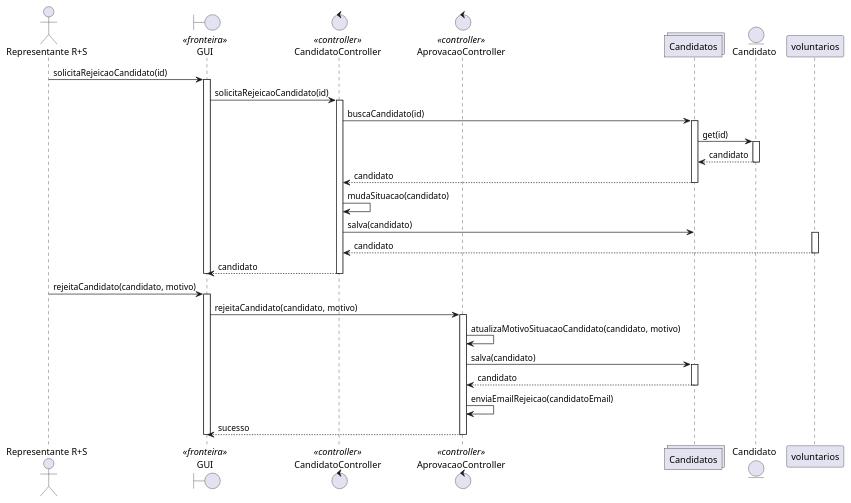
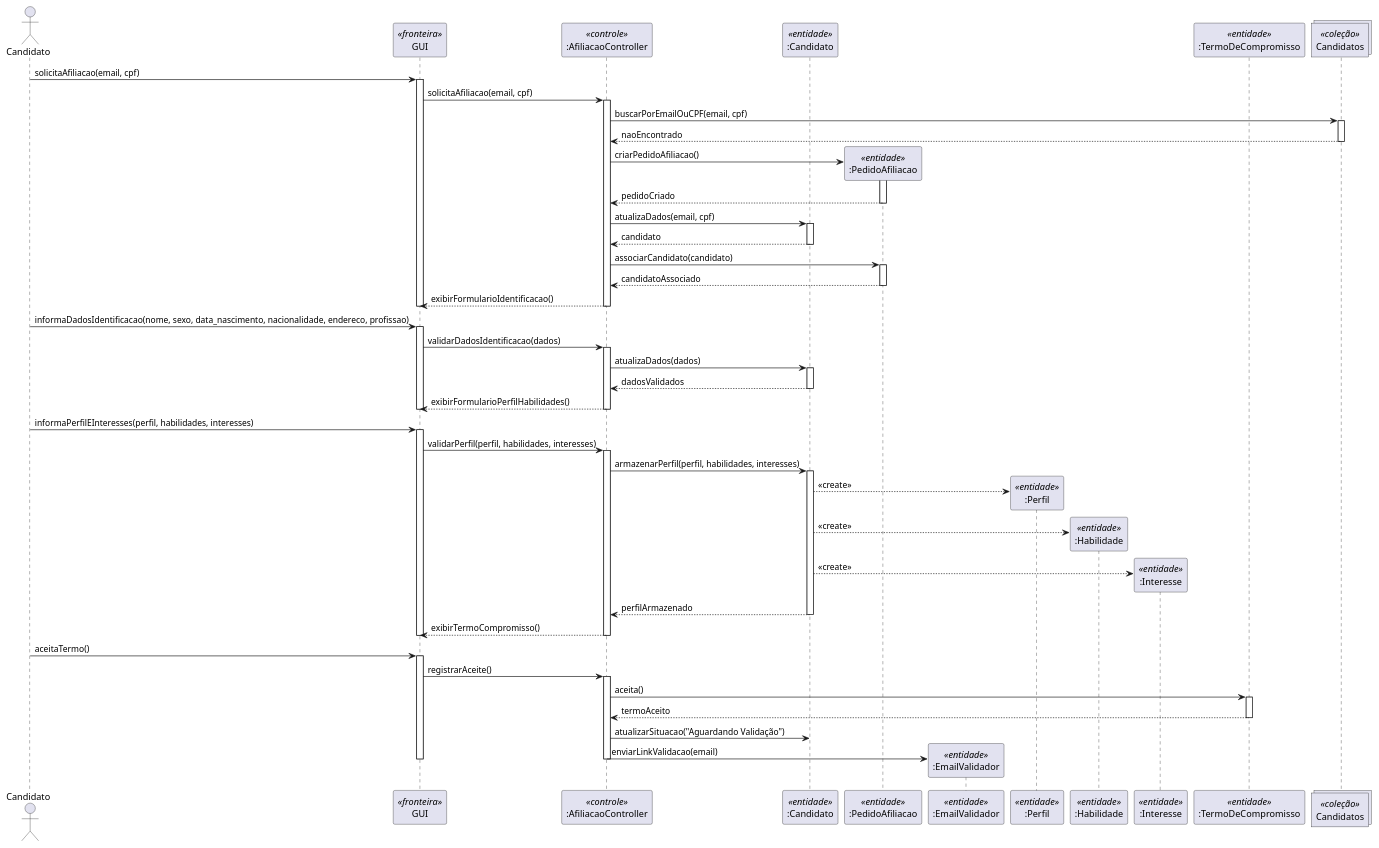
Before and after one commit to guisgiacomini/redeMaisSocialProjetoSoftware: the diagram in diagrama-sequencia/uc003/candidatoRejeitado.puml, drawn with PlantUML. The commit also changed 1 other file, not shown here.

```diff
--- a/diagrama-sequencia/uc003/candidatoRejeitado.puml
+++ b/diagrama-sequencia/uc003/candidatoRejeitado.puml
@@ -1,51 +1,94 @@
 @startuml
+actor "Candidato" as ator
+participant "GUI" as gui <<fronteira>>
+participant ":AfiliacaoController" as controller <<controle>>
+participant ":Candidato" as candidato <<entidade>>
+participant ":PedidoAfiliacao" as pedido <<entidade>>
+participant ":EmailValidador" as emailValidador <<entidade>>
+participant ":Perfil" as perfil <<entidade>>
+participant ":Habilidade" as habilidade <<entidade>>
+participant ":Interesse" as interesse <<entidade>>
+participant ":TermoDeCompromisso" as termo <<entidade>>
 
-actor "Representante R+S" as representante
-boundary "GUI" as gui <<fronteira>>
-control "CandidatoController" as candidatoController <<controller>>
-control "AprovacaoController" as aprovacaoController<<controller>>
-collections "Candidatos" as candidatos
-entity "Candidato" as candidato
+collections "Candidatos" as collectionCandidato <<coleção>>
 
-representante -> gui: solicitaRejeicaoCandidato(id)
+' --- Solicitação de afiliação ---
+ator -> gui: solicitaAfiliacao(email, cpf)
 activate gui
-    gui -> candidatoController: solicitaRejeicaoCandidato(id)
-    activate candidatoController
-        candidatoController -> candidatos: buscaCandidato(id)
-        activate candidatos
-            
-            candidatos -> candidato: get(id)
-            activate candidato
-                candidato --> candidatos: candidato
-            deactivate candidato
+gui -> controller: solicitaAfiliacao(email, cpf)
+activate controller
 
-        candidatos --> candidatoController: candidato
-        deactivate candidatos
+controller -> collectionCandidato: buscarPorEmailOuCPF(email, cpf)
+activate collectionCandidato
+collectionCandidato --> controller: naoEncontrado
+deactivate collectionCandidato
 
-        candidatoController -> candidatoController: mudaSituacao(candidato)
-        candidatoController -> candidatos: salva(candidato)
+controller -> pedido **: criarPedidoAfiliacao()
+activate pedido
+pedido --> controller: pedidoCriado
+deactivate pedido
 
-        activate voluntarios
-            voluntarios --> candidatoController: candidato
-        deactivate voluntarios
+controller -> candidato: atualizaDados(email, cpf)
+activate candidato
+candidato --> controller: candidato
+deactivate candidato
 
-    candidatoController --> gui: candidato
-    deactivate candidatoController
+controller -> pedido: associarCandidato(candidato)
+activate pedido
+pedido --> controller: candidatoAssociado
+deactivate pedido
+
+controller --> gui: exibirFormularioIdentificacao()
+deactivate controller
 deactivate gui
 
-representante -> gui: rejeitaCandidato(candidato, motivo)
+' --- Preenchimento e validação dos dados ---
+ator -> gui: informaDadosIdentificacao(nome, sexo, data_nascimento, nacionalidade, endereco, profissao)
 activate gui
-    gui -> aprovacaoController: rejeitaCandidato(candidato, motivo)
-    activate aprovacaoController
-        aprovacaoController -> aprovacaoController: atualizaMotivoSituacaoCandidato(candidato, motivo)
-        aprovacaoController -> candidatos: salva(candidato)
-        activate candidatos
-            candidatos --> aprovacaoController: candidato
-        deactivate candidatos
-        aprovacaoController -> aprovacaoController: enviaEmailRejeicao(candidatoEmail)
-        aprovacaoController --> gui: sucesso
-        deactivate aprovacaoController
+gui -> controller: validarDadosIdentificacao(dados)
+activate controller
+
+controller -> candidato: atualizaDados(dados)
+activate candidato
+candidato --> controller: dadosValidados
+deactivate candidato
+
+controller --> gui: exibirFormularioPerfilHabilidades()
+deactivate controller
 deactivate gui
 
+' --- Preenchimento do perfil ---
+ator -> gui: informaPerfilEInteresses(perfil, habilidades, interesses)
+activate gui
+gui -> controller: validarPerfil(perfil, habilidades, interesses)
+activate controller
+
+controller -> candidato: armazenarPerfil(perfil, habilidades, interesses)
+activate candidato
+candidato --> perfil ** : <<create>>
+candidato --> habilidade ** : <<create>>
+candidato --> interesse ** : <<create>>
+candidato --> controller: perfilArmazenado
+deactivate candidato
+
+controller --> gui: exibirTermoCompromisso()
+deactivate controller
+deactivate gui
+
+' --- Aceite do termo ---
+ator -> gui: aceitaTermo()
+activate gui
+gui -> controller: registrarAceite()
+activate controller
+
+controller -> termo: aceita()
+activate termo
+termo --> controller: termoAceito
+deactivate termo
+
+controller -> candidato: atualizarSituacao("Aguardando Validação")
+controller -> emailValidador **: enviarLinkValidacao(email)
+deactivate controller
+deactivate gui
 
 @enduml
```
